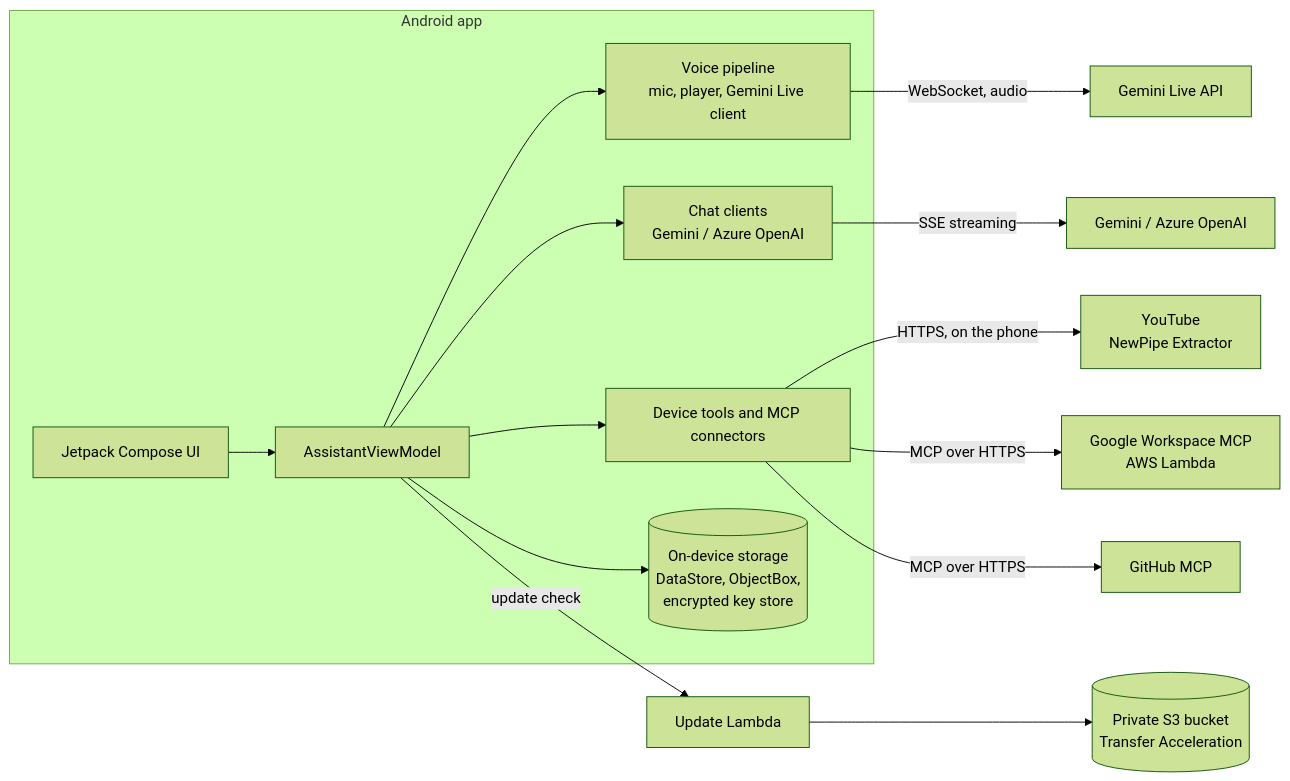
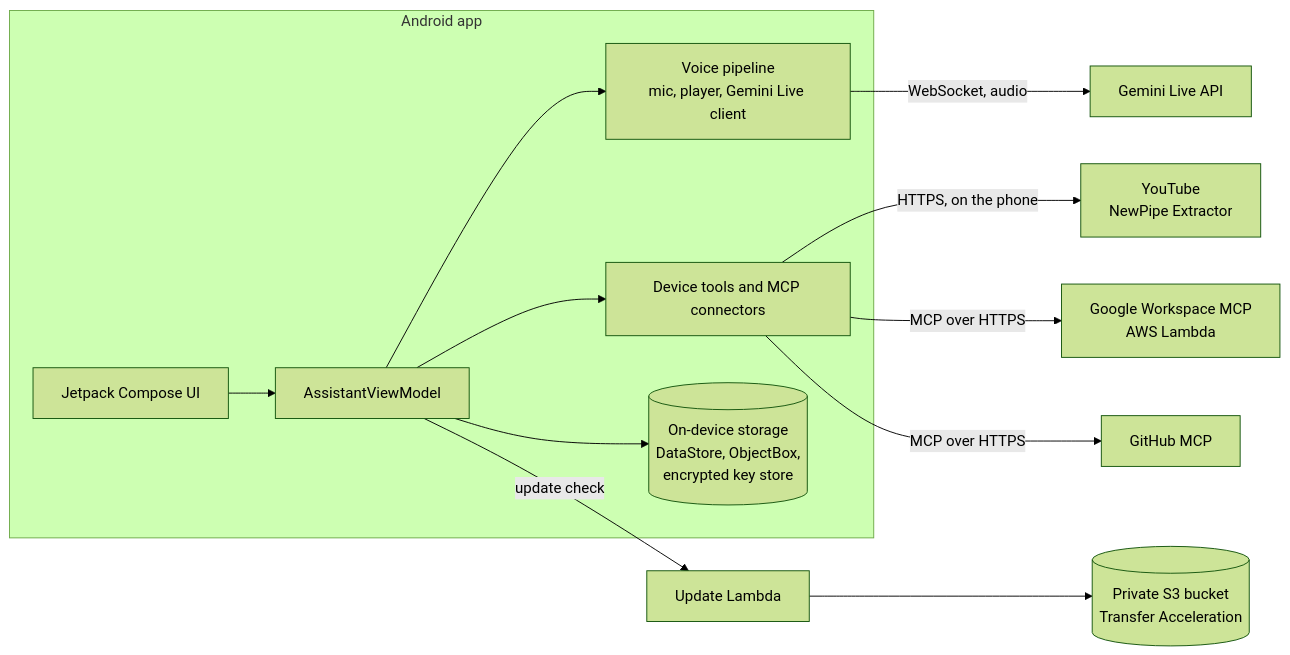
One commit to devxjitin/ultron-android changed the diagram in README.md. Above: the diagram before and after it, drawn with Mermaid (forest theme). The commit also changed other lines of this file and 56 other files, not shown here.

````diff
--- a/README.md
+++ b/README.md
@@ -187,18 +165,16 @@
 ```mermaid
 flowchart LR
     subgraph Phone["Android app"]
         UI["Jetpack Compose UI"] --> VM["AssistantViewModel"]
         VM --> Voice["Voice pipeline<br/>mic, player, Gemini Live client"]
-        VM --> Chat["Chat clients<br/>Gemini / Azure OpenAI"]
         VM --> Tools["Device tools and MCP connectors"]
         VM --> Store[("On-device storage<br/>DataStore, ObjectBox,<br/>encrypted key store")]
     end
 
     Voice -- "WebSocket, audio" --> GL["Gemini Live API"]
-    Chat -- "SSE streaming" --> LLM["Gemini / Azure OpenAI"]
     Tools -- "HTTPS, on the phone" --> YT["YouTube<br/>NewPipe Extractor"]
     Tools -- "MCP over HTTPS" --> GW["Google Workspace MCP<br/>AWS Lambda"]
     Tools -- "MCP over HTTPS" --> GH["GitHub MCP"]
     VM -- "update check" --> UP["Update Lambda"]
     UP --> S3[("Private S3 bucket<br/>Transfer Acceleration")]
 ```
````
